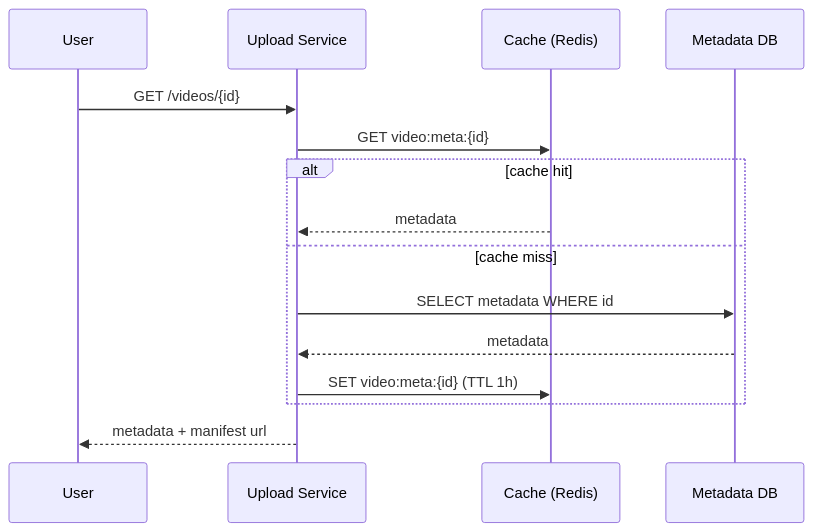
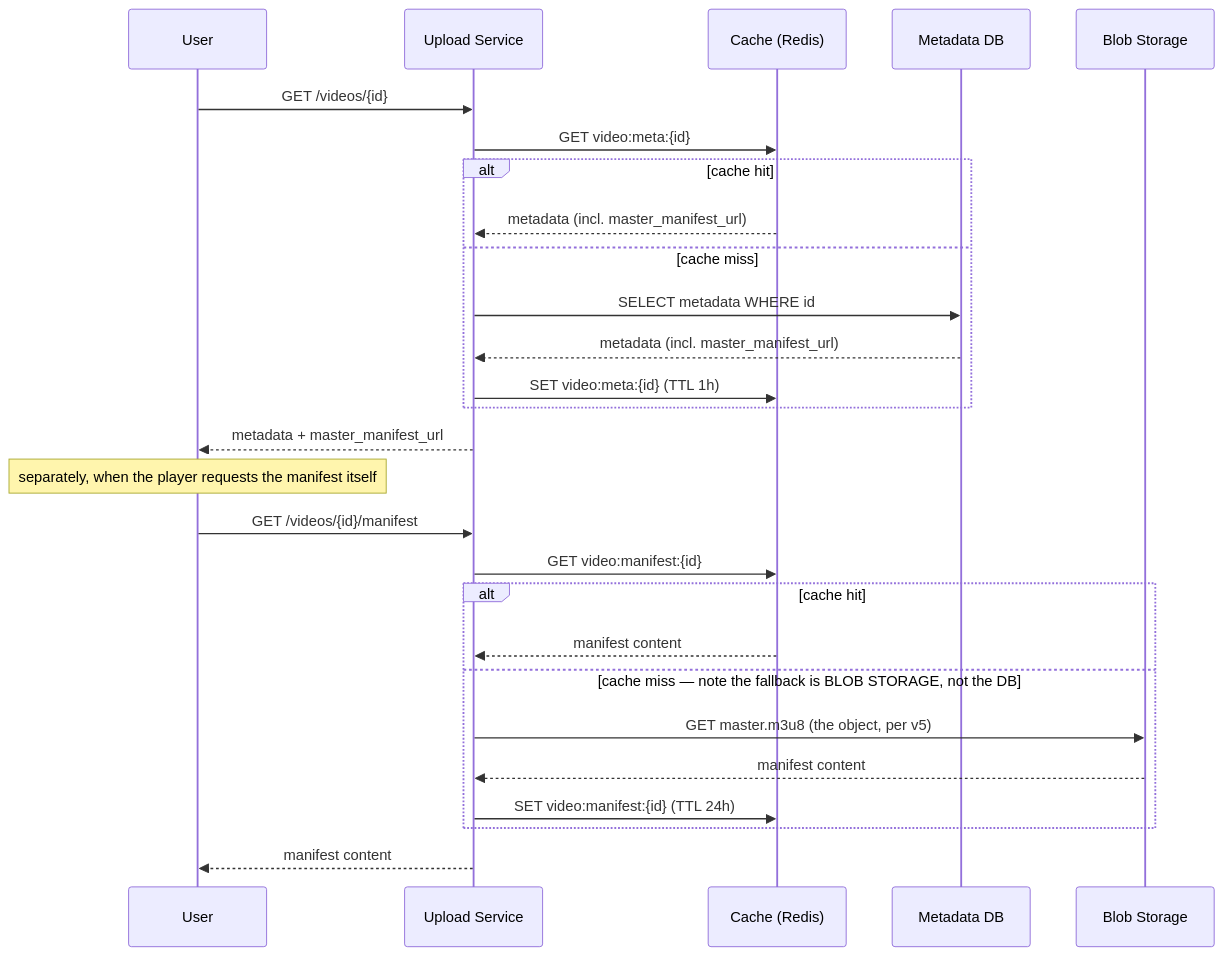
One commit to riyaz-pasha/Learnings changed diagram 17 of 20 in system-design/HLD/0-course/26-Design YouTube-FAANG-Guide-Interview-Version.md. Above: the diagram before and after it, drawn with Mermaid. The commit also changed other lines of this file and 1 other file, not shown here.

````diff
--- a/system-design/HLD/0-course/26-Design YouTube-FAANG-Guide-Interview-Version.md
+++ b/system-design/HLD/0-course/26-Design YouTube-FAANG-Guide-Interview-Version.md
@@ -645,18 +696,31 @@
 ```mermaid
 sequenceDiagram
     participant U as User
     participant UP as Upload Service
     participant C as Cache (Redis)
     participant DB as Metadata DB
+    participant BS as Blob Storage
 
     U->>UP: GET /videos/{id}
     UP->>C: GET video:meta:{id}
     alt cache hit
-        C-->>UP: metadata
+        C-->>UP: metadata (incl. master_manifest_url)
     else cache miss
         UP->>DB: SELECT metadata WHERE id
-        DB-->>UP: metadata
+        DB-->>UP: metadata (incl. master_manifest_url)
         UP->>C: SET video:meta:{id} (TTL 1h)
     end
-    UP-->>U: metadata + manifest url
+    UP-->>U: metadata + master_manifest_url
+
+    Note over U: separately, when the player requests the manifest itself
+    U->>UP: GET /videos/{id}/manifest
+    UP->>C: GET video:manifest:{id}
+    alt cache hit
+        C-->>UP: manifest content
+    else cache miss — note the fallback is BLOB STORAGE, not the DB
+        UP->>BS: GET master.m3u8 (the object, per v5)
+        BS-->>UP: manifest content
+        UP->>C: SET video:manifest:{id} (TTL 24h)
+    end
+    UP-->>U: manifest content
 ```
````
